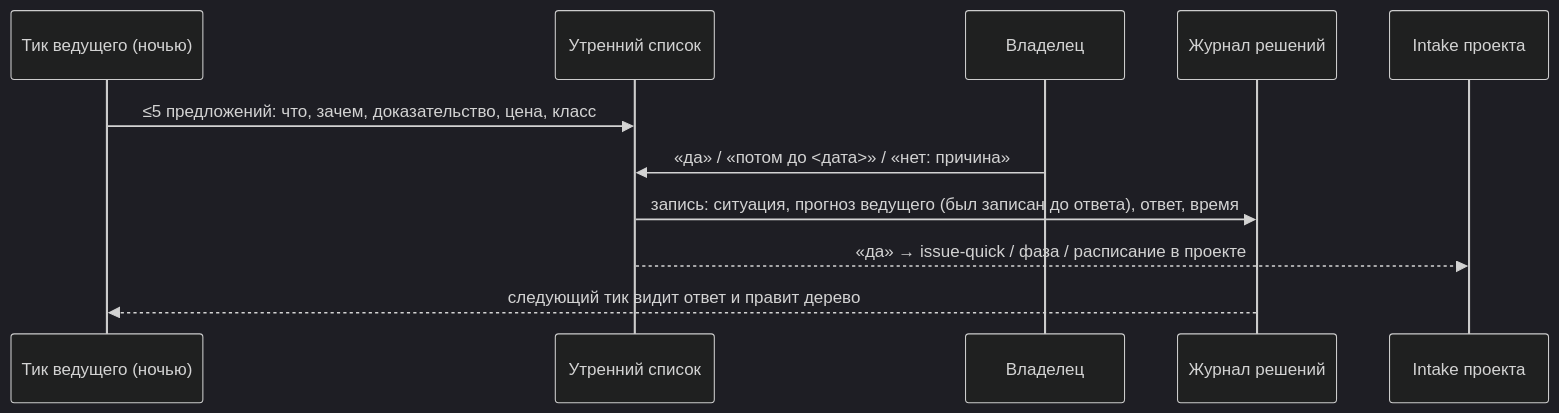
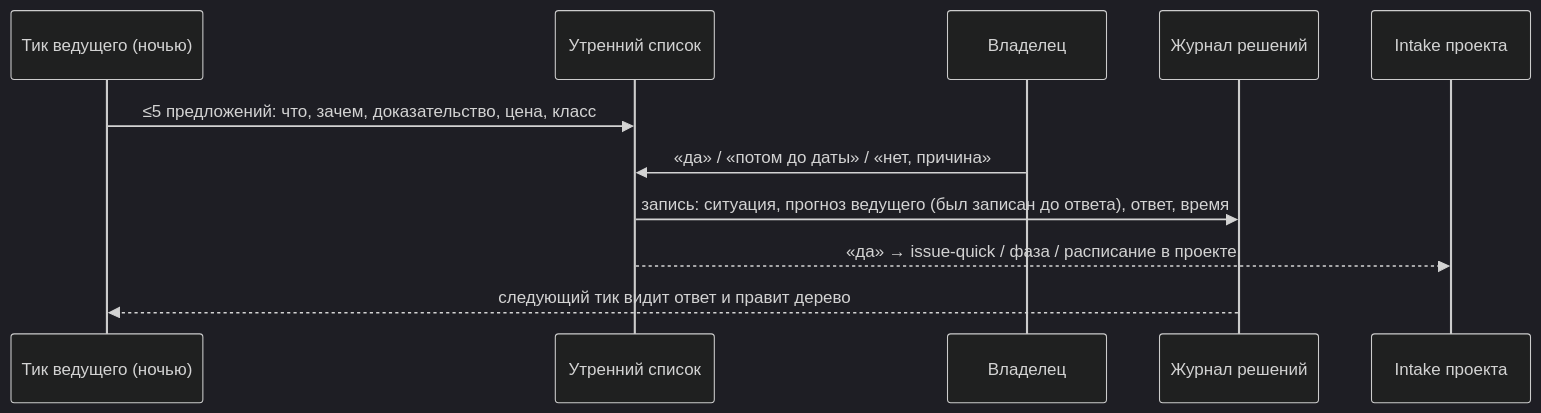
Before and after one commit to VKirill/bb-plugin-lane-pilot: the first of 4 diagrams in .agents/plans/2026-11-01-lead-agent-roadmap.md, drawn with Mermaid (dark theme). The commit also changed other lines of this file, not shown here.

Commit message:
plan: lead roadmap — Mermaid blocks parse (no semicolons, angle brackets or colons in task names)

````diff
--- a/.agents/plans/2026-11-01-lead-agent-roadmap.md
+++ b/.agents/plans/2026-11-01-lead-agent-roadmap.md
@@ -41,13 +41,13 @@
 ```mermaid
 sequenceDiagram
   participant T as Тик ведущего (ночью)
   participant W as Утренний список
   participant O as Владелец
   participant J as Журнал решений
   participant I as Intake проекта
   T->>W: ≤5 предложений: что, зачем, доказательство, цена, класс
-  O->>W: «да» / «потом до <дата>» / «нет: причина»
+  O->>W: «да» / «потом до даты» / «нет, причина»
   W->>J: запись: ситуация, прогноз ведущего (был записан до ответа), ответ, время
   W-->>I: «да» → issue-quick / фаза / расписание в проекте
   J-->>T: следующий тик видит ответ и правит дерево
 ```
````
